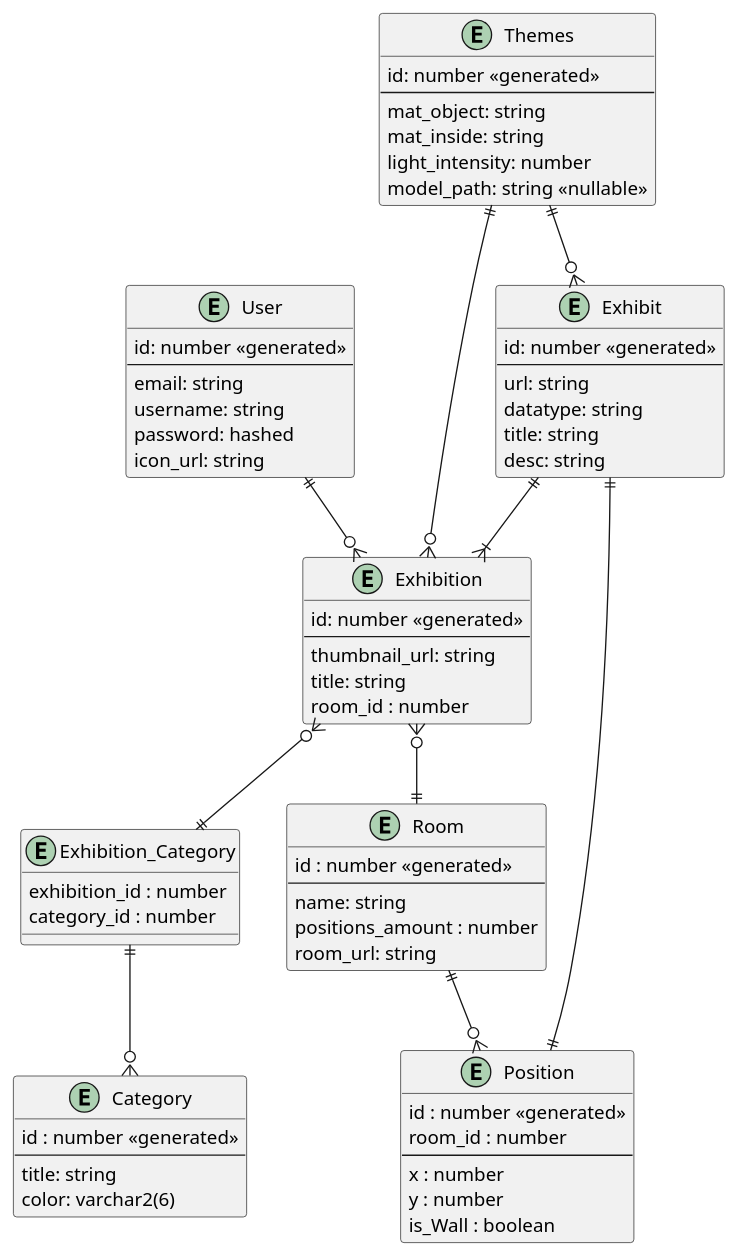
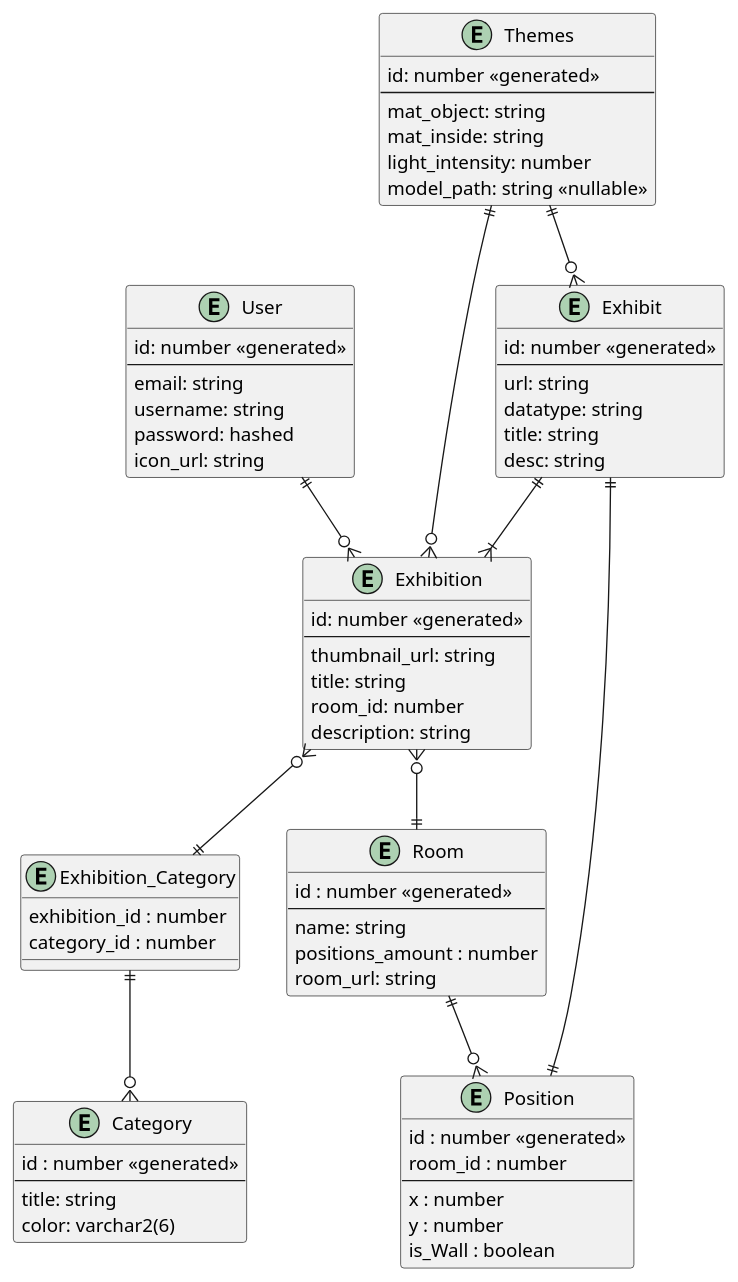
Before and after one commit to L0R3N7/3D-Portfolio-Gallery: the diagram in ERD/erd.wsd, drawn with PlantUML. The commit also changed 16 other files, not shown here.

```diff
--- a/ERD/erd.wsd
+++ b/ERD/erd.wsd
@@ -1,74 +1,75 @@
 @startuml DA-Klassendiagramm
 entity User {
     id: number <<generated>>
     --
     email: string
     username: string
     password: hashed
     icon_url: string
 }
 
 entity Exhibition {
     id: number <<generated>>
     --
     thumbnail_url: string
     title: string
-    room_id : number
+    room_id: number
+    description: string
 }
 entity Themes {
     id: number <<generated>>
     --
     mat_object: string
     mat_inside: string 
     light_intensity: number
     model_path: string <<nullable>>
 }
 
 entity Room {
     id : number <<generated>>
     --
     name: string
     positions_amount : number
     room_url: string
 }
 
 entity Position{
     id : number <<generated>>
     room_id : number
     ---
     x : number
     y : number
     is_Wall : boolean
 }
 
 entity Exhibition_Category {
     exhibition_id : number
     category_id : number
 }
 
 entity Category{
    id : number <<generated>>
    --
    title: string
    color: varchar2(6)
 }
 
 entity Exhibit {
     id: number <<generated>> 
     --
     url: string
     datatype: string
     title: string
     desc: string
 }
 
 User ||--o{ Exhibition
 Exhibit ||--|{Exhibition
 Exhibit ||--|| Position
 Exhibition }o--|| Exhibition_Category
 Exhibition_Category ||--o{ Category
 Room ||--o{ Position
 Exhibition }o--|| Room
 Themes ||--o{ Exhibition
 Themes ||--o{ Exhibit
 @enduml
```
